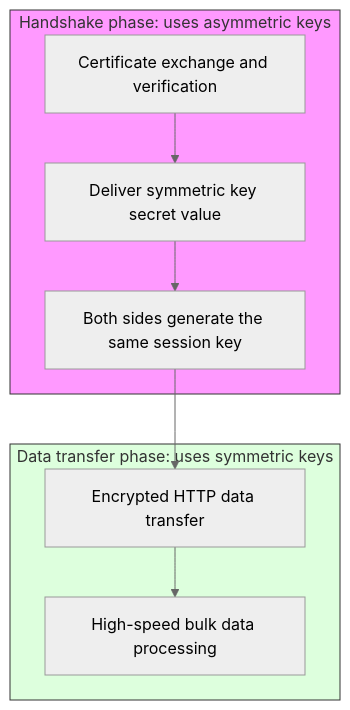
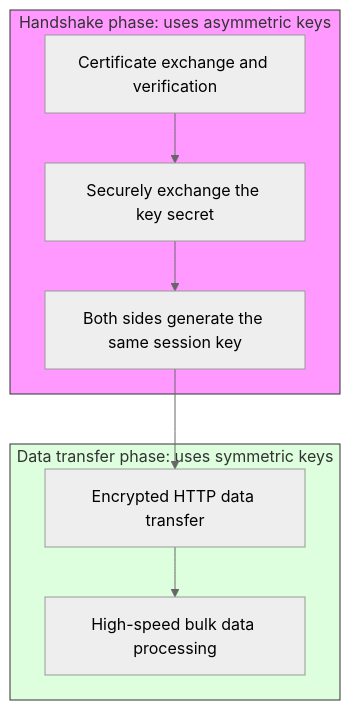
Before and after one commit to jeonck/k8s-adv: the first of 3 diagrams in content/security/01-foundation/17-ssl-handshake-process.md, drawn with Mermaid (neutral theme). The commit also changed other lines of this file and 53 other files, not shown here.

````diff
--- a/content/security/01-foundation/17-ssl-handshake-process.md
+++ b/content/security/01-foundation/17-ssl-handshake-process.md
@@ -30,15 +30,15 @@
 ```mermaid
 graph TD
     subgraph Handshake_Phase["Handshake phase: uses asymmetric keys"]
-    A[Certificate exchange and verification] --> B[Deliver symmetric key secret value]
+    A[Certificate exchange and verification] --> B[Securely exchange the key secret]
     B --> C[Both sides generate the same session key]
     end
     
     subgraph Data_Phase["Data transfer phase: uses symmetric keys"]
     C --> D[Encrypted HTTP data transfer]
     D --> E[High-speed bulk data processing]
     end
     
     style Handshake_Phase fill:#f9f,stroke:#333
     style Data_Phase fill:#dfd,stroke:#333
 ```
````
